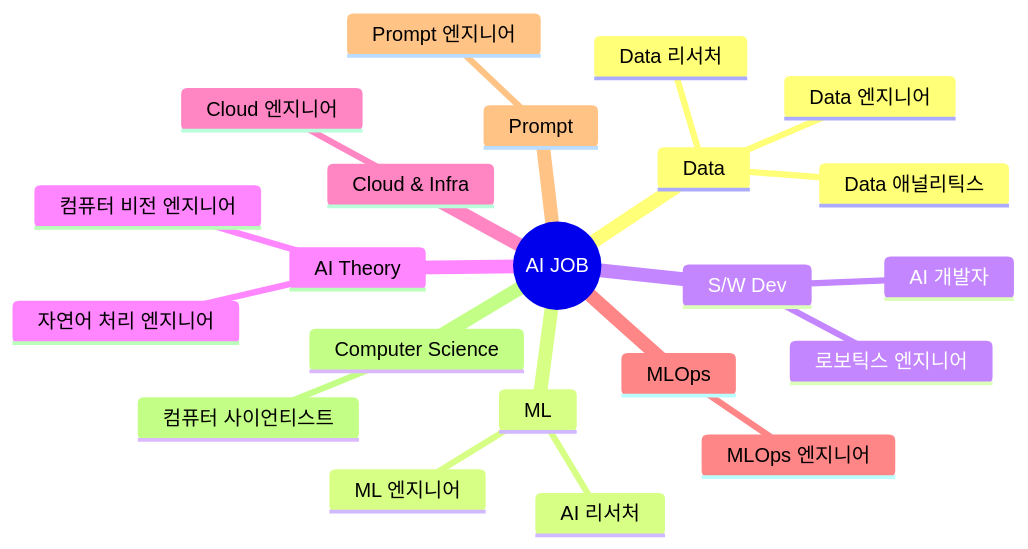
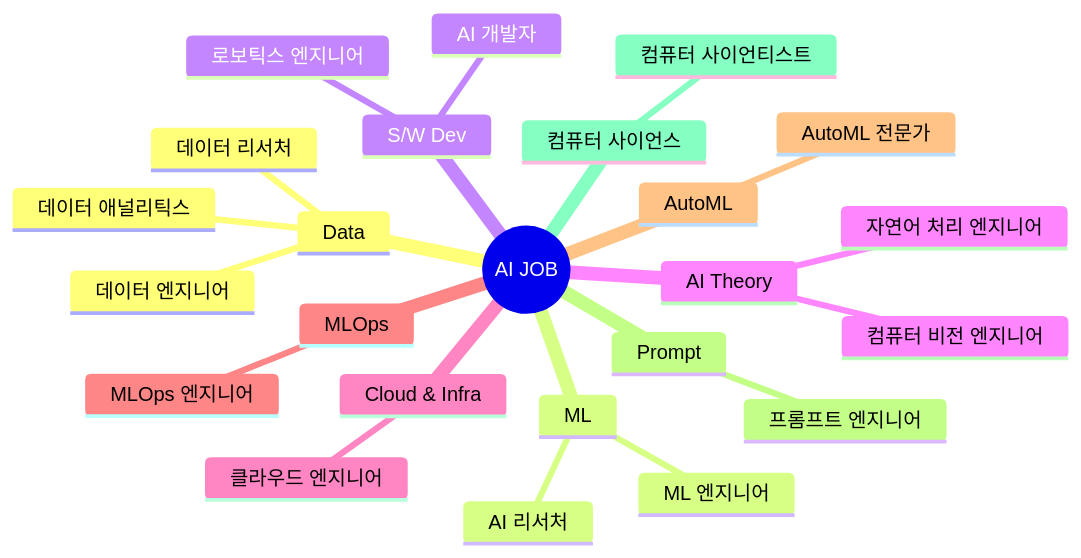
The diagram in README.md (JunYear/MLOps-AutoML), drawn with Mermaid before and after one commit. The commit also changed other lines of this file, not shown here.

Commit message:
[Modify] README.md: Modify_add autoML in mindmap

````diff
--- a/README.md
+++ b/README.md
@@ -4,26 +4,27 @@
 ```mermaid
-	mindmap
-	  root((AI JOB))
-	    Data
-	        Data 리서처
-	        Data 엔지니어
-	        Data 애널리틱스
-	    ML
-	        ML 엔지니어
-	        AI 리서처
-	    S/W Dev
-	        AI 개발자
-	        로보틱스 엔지니어
-	    AI Theory
-	        컴퓨터 비전 엔지니어
-	        자연어 처리 엔지니어
-	    Cloud & Infra
-	        Cloud 엔지니어
-	    MLOps
-	        MLOps 엔지니어
-	    Prompt
-	        Prompt 엔지니어
-	    Computer Science
-	        컴퓨터 사이언티스트
-
+mindmap
+  root((AI JOB))
+    Data
+        데이터 리서처
+        데이터 엔지니어
+        데이터 애널리틱스
+    ML
+        ML 엔지니어
+        AI 리서처
+    S/W Dev
+        AI 개발자
+        로보틱스 엔지니어
+    AI Theory
+        컴퓨터 비전 엔지니어
+        자연어 처리 엔지니어
+    Cloud & Infra
+        클라우드 엔지니어
+    MLOps
+        MLOps 엔지니어
+    AutoML
+        AutoML 전문가
+    Prompt
+        프롬프트 엔지니어
+    컴퓨터 사이언스
+        컴퓨터 사이언티스트
 ```
````
